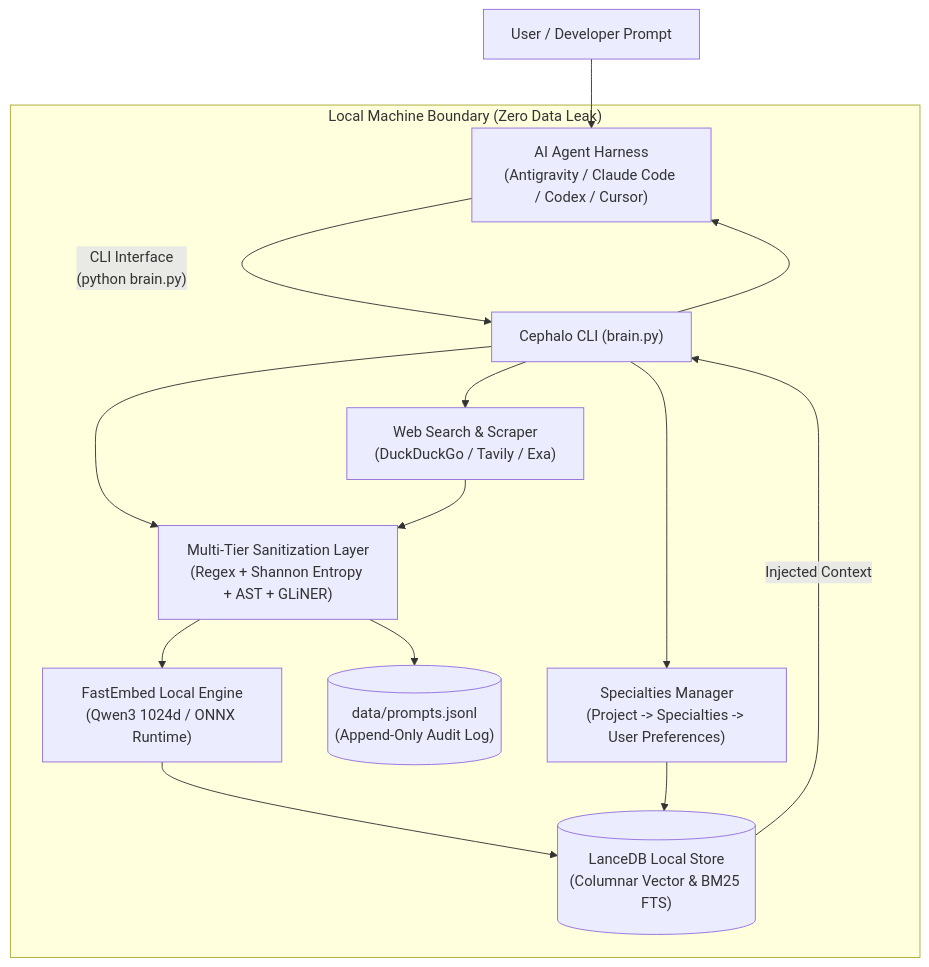
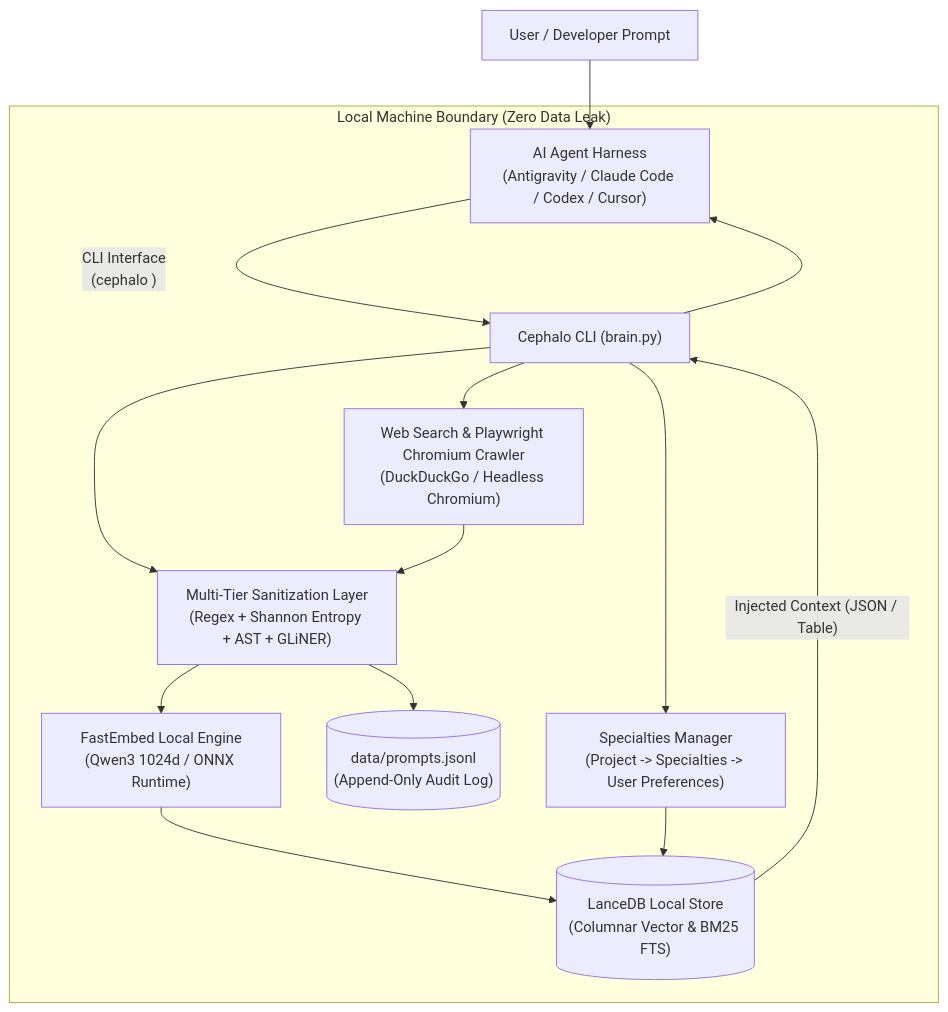
The second of 2 diagrams in README.md (LaptopKing/Cephalo), drawn with Mermaid before and after one commit. The commit also changed other lines of this file and 10 other files, not shown here.

Commit message:
Enhance Cephalo: Add 1-command installer, Playwright Chromium crawler, and streamlined CLI

````diff
--- a/README.md
+++ b/README.md
@@ -229,23 +187,23 @@
 ```mermaid
 flowchart TD
     User["User / Developer Prompt"] --> Agent["AI Agent Harness\n(Antigravity / Claude Code / Codex / Cursor)"]
     
     subgraph LocalSystem ["Local Machine Boundary (Zero Data Leak)"]
-        Agent -->|"CLI Interface\n(python brain.py)"| CLI["Cephalo CLI (brain.py)"]
+        Agent -->|"CLI Interface\n(cephalo <command>)"| CLI["Cephalo CLI (brain.py)"]
         
         CLI --> Sanitizer["Multi-Tier Sanitization Layer\n(Regex + Shannon Entropy + AST + GLiNER)"]
         
         Sanitizer --> FastEmbed["FastEmbed Local Engine\n(Qwen3 1024d / ONNX Runtime)"]
         Sanitizer --> PromptsLog[("data/prompts.jsonl\n(Append-Only Audit Log)")]
         
         FastEmbed --> LanceDB[("LanceDB Local Store\n(Columnar Vector & BM25 FTS)")]
         
-        CLI --> WebSearch["Web Search & Scraper\n(DuckDuckGo / Tavily / Exa)"]
-        WebSearch --> Sanitizer
+        CLI --> WebCrawler["Web Search & Playwright Chromium Crawler\n(DuckDuckGo / Headless Chromium)"]
+        WebCrawler --> Sanitizer
         
         CLI --> Specialties["Specialties Manager\n(Project -> Specialties -> User Preferences)"]
         Specialties --> LanceDB
     end
     
-    LanceDB -->|"Injected Context"| CLI --> Agent
+    LanceDB -->|"Injected Context (JSON / Table)"| CLI --> Agent
 ```
````
